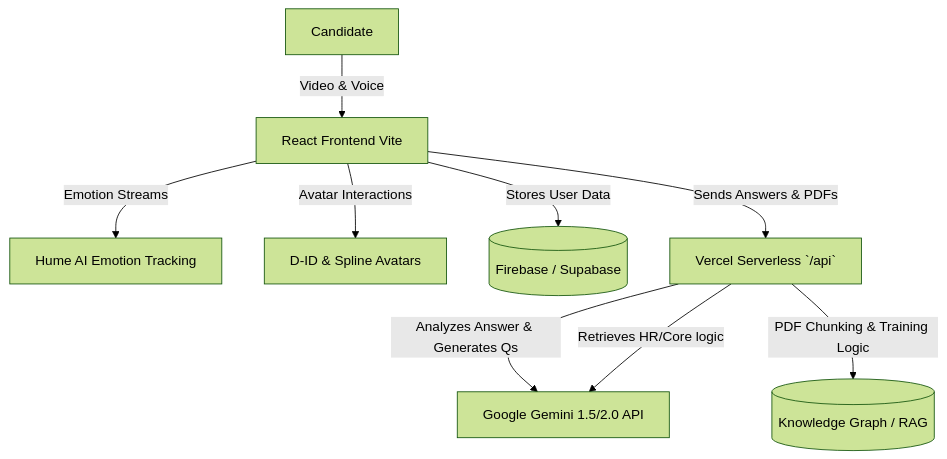
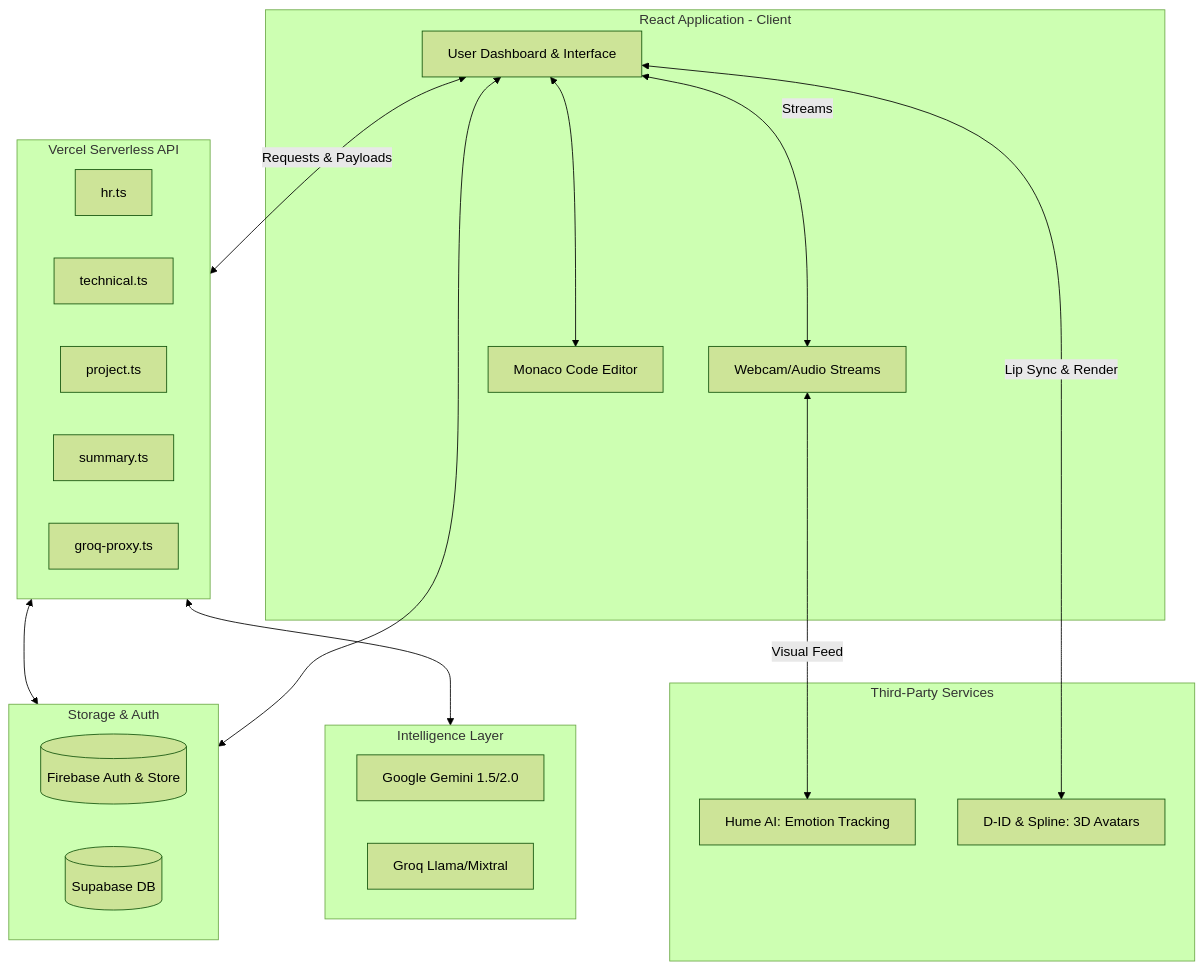
One commit to team-ASKA/NERV changed the diagram in README.md. Above: the diagram before and after it, drawn with Mermaid (forest theme). The commit also changed other lines of this file, not shown here.

````diff
--- a/README.md
+++ b/README.md
@@ -13,13 +19,40 @@
 ```mermaid
-graph TD
-    Candidate[Candidate] -->|Video & Voice| UI[React Frontend Vite]
-    
-    UI -->|Emotion Streams| Hume[Hume AI Emotion Tracking]
-    UI -->|Avatar Interactions| DID[D-ID & Spline Avatars]
-    UI -->|Stores User Data| DB[(Firebase / Supabase)]
-    UI -->|Sends Answers & PDFs| API[Vercel Serverless `/api`]
+flowchart TD
+    subgraph Frontend [React Application - Client]
+        UI[User Dashboard & Interface]
+        Webcam[Webcam/Audio Streams]
+        Editor[Monaco Code Editor]
+    end
 
-    API -->|Analyzes Answer & Generates Qs| LLM[Google Gemini 1.5/2.0 API]
-    API -->|Retrieves HR/Core logic| LLM
-    API -->|PDF Chunking & Training Logic| RAG[(Knowledge Graph / RAG)]
+    subgraph External Engines [Third-Party Services]
+        Hume[Hume AI: Emotion Tracking]
+        DID[D-ID & Spline: 3D Avatars]
+    end
+
+    subgraph Backend [Vercel Serverless API]
+        HR[hr.ts]
+        Tech[technical.ts]
+        Project[project.ts]
+        Summary[summary.ts]
+        GroqProxy[groq-proxy.ts]
+    end
+
+    subgraph AI/LLM [Intelligence Layer]
+        Gemini[Google Gemini 1.5/2.0]
+        Groq[Groq Llama/Mixtral]
+    end
+
+    subgraph Data [Storage & Auth]
+        Firebase[(Firebase Auth & Store)]
+        Supabase[(Supabase DB)]
+    end
+
+    UI <--> |Streams| Webcam
+    UI <--> Editor
+    Webcam <--> |Visual Feed| Hume
+    UI <--> |Lip Sync & Render | DID
+    UI <--> |Requests & Payloads| Backend
+    Backend <--> AI/LLM
+    UI <--> Data
+    Backend <--> Data
 ```
````
